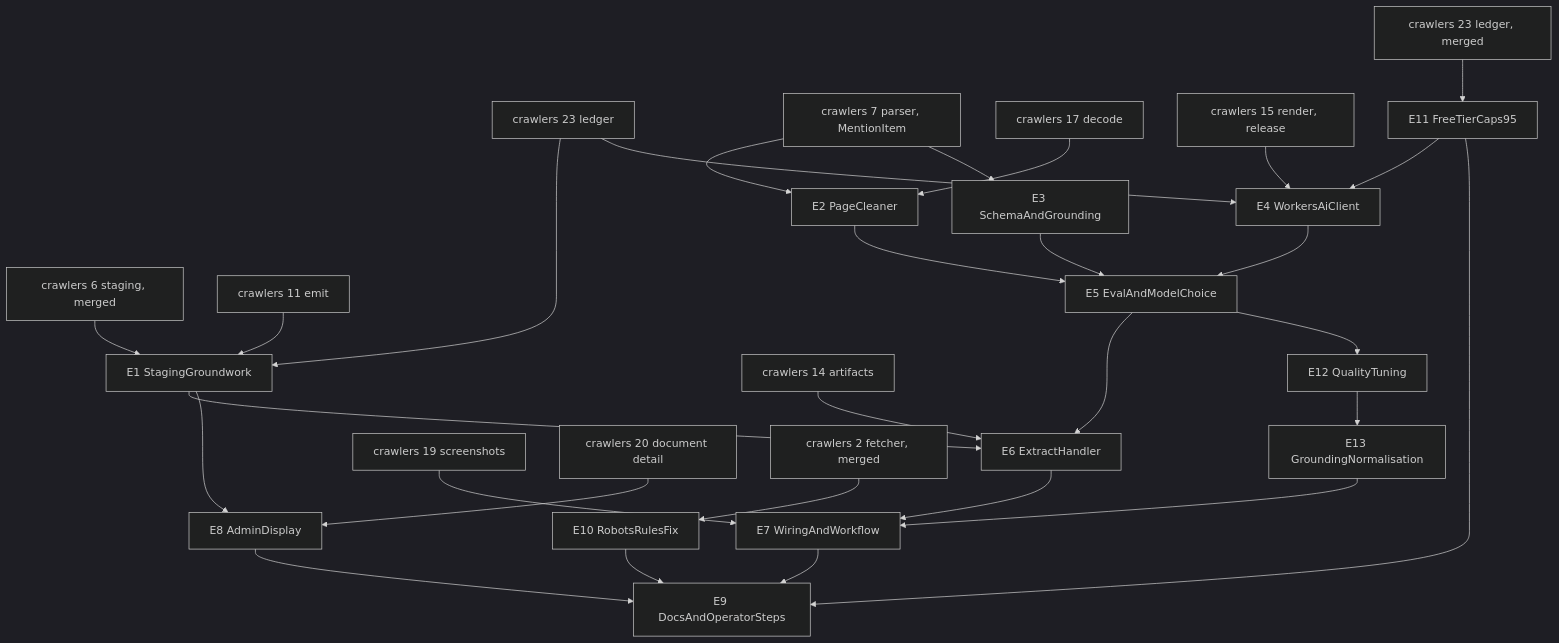
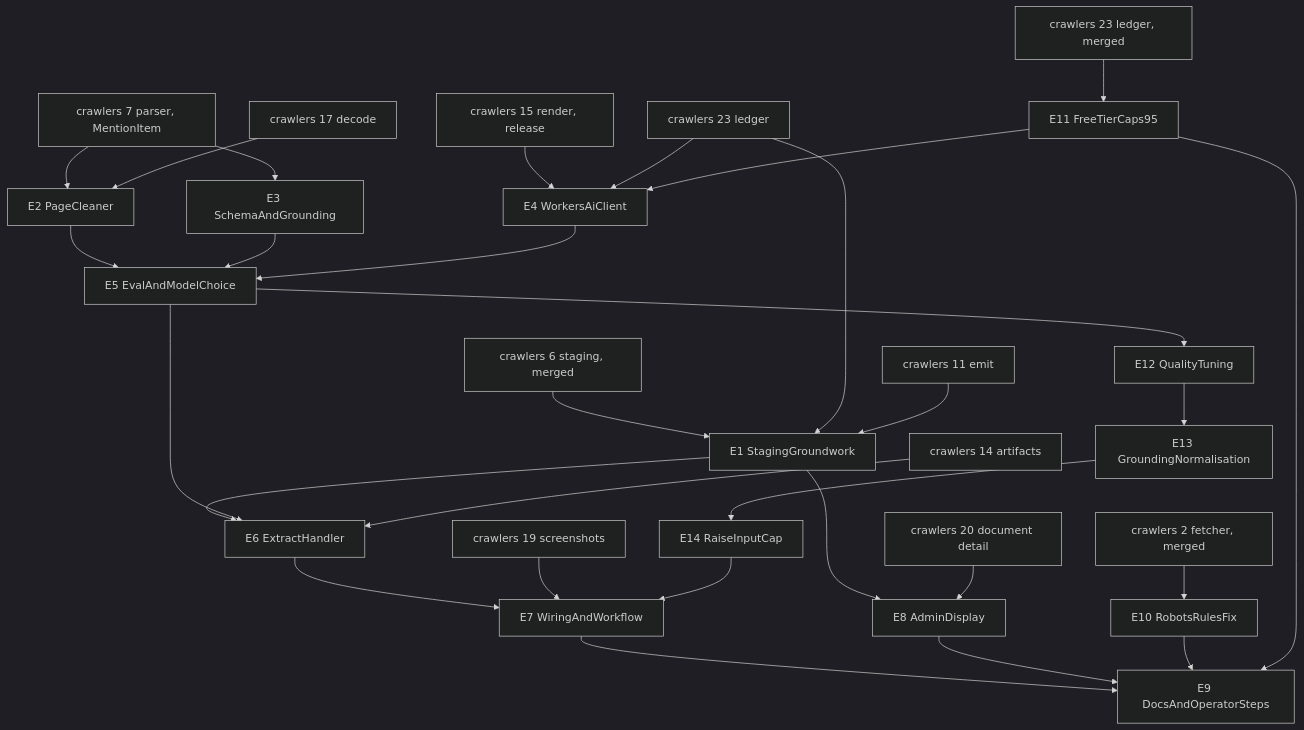
Before and after one commit to vadim-schultz/redtape: the diagram in .plans/extraction/01-rollout.md, drawn with Mermaid (dark theme). The commit also changed other lines of this file and 2 other files, not shown here.

Commit message:
docs(extraction): add chapter E14, raise the input cap to 30,000 characters

````diff
--- a/.plans/extraction/01-rollout.md
+++ b/.plans/extraction/01-rollout.md
@@ -32,31 +32,32 @@
 ```mermaid
 flowchart TD
   K6[crawlers 6 staging, merged] --> E1[E1 StagingGroundwork]
   K23[crawlers 23 ledger] --> E1
   K11[crawlers 11 emit] --> E1
   K7[crawlers 7 parser, MentionItem] --> E2[E2 PageCleaner]
   K17[crawlers 17 decode] --> E2
   K7 --> E3[E3 SchemaAndGrounding]
   K15[crawlers 15 render, release] --> E4[E4 WorkersAiClient]
   K23 --> E4
   E2 --> E5[E5 EvalAndModelChoice]
   E3 --> E5
   E4 --> E5
   E1 --> E6[E6 ExtractHandler]
   E5 --> E6
   K14[crawlers 14 artifacts] --> E6
   E6 --> E7[E7 WiringAndWorkflow]
   K19[crawlers 19 screenshots] --> E7
   E1 --> E8[E8 AdminDisplay]
   K20[crawlers 20 document detail] --> E8
   E7 --> E9[E9 DocsAndOperatorSteps]
   E8 --> E9
   K2[crawlers 2 fetcher, merged] --> E10[E10 RobotsRulesFix]
   E10 --> E9
   K23b[crawlers 23 ledger, merged] --> E11[E11 FreeTierCaps95]
   E11 --> E4
   E11 --> E9
   E5 --> E12[E12 QualityTuning]
   E12 --> E13[E13 GroundingNormalisation]
-  E13 --> E7
+  E13 --> E14[E14 RaiseInputCap]
+  E14 --> E7
 ```
````
